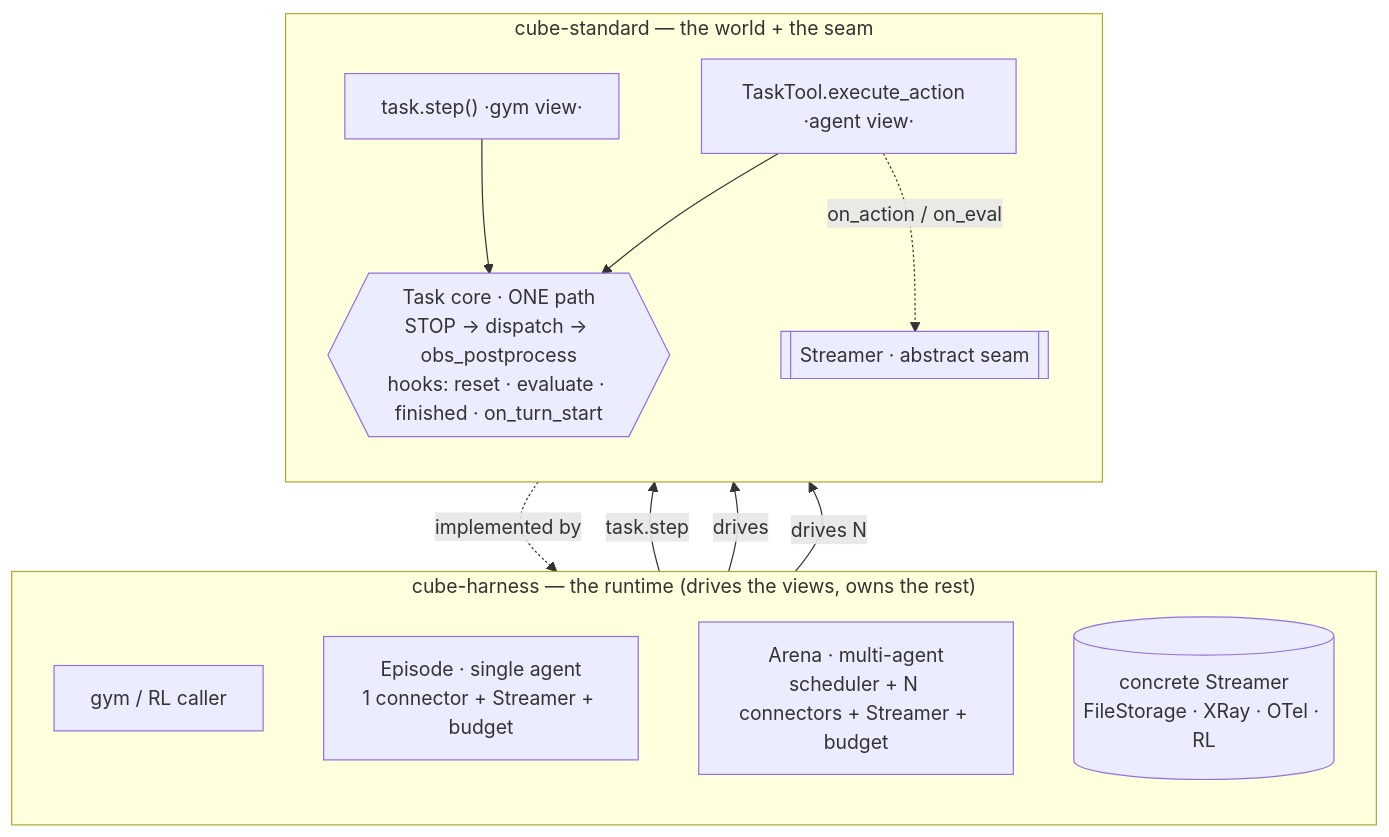
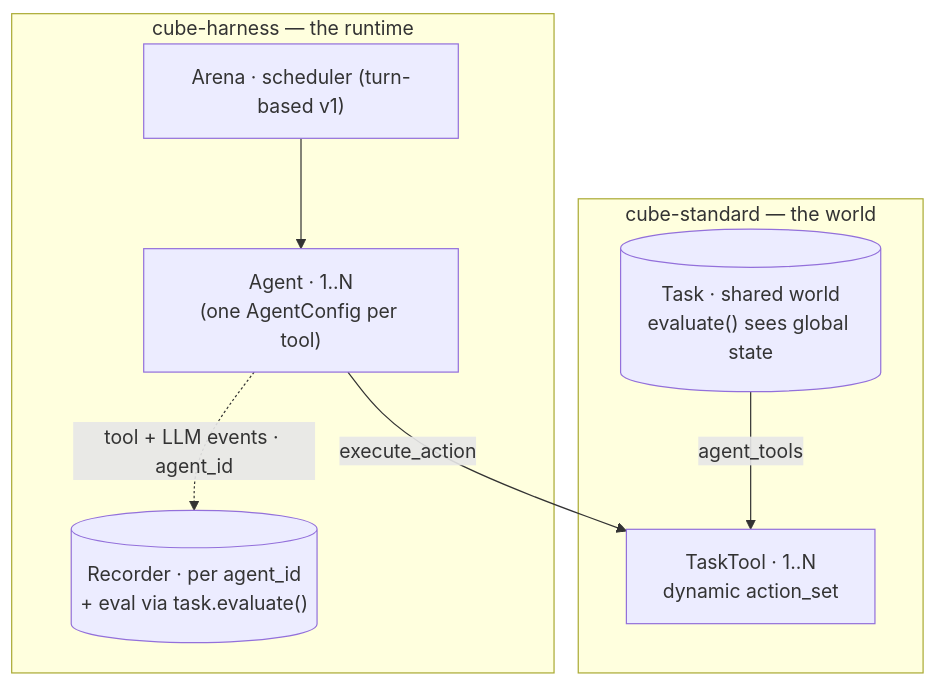
One commit to The-AI-Alliance/cube-standard changed the second of 2 diagrams in openspec/changes/streamable-task/proposal.md. Above: the diagram before and after it, drawn with Mermaid. The commit also changed other lines of this file and 1 other file, not shown here.

First line of the commit message:
design(openspec): simplify + de-historicize streamable-task

````diff
--- a/openspec/changes/streamable-task/proposal.md
+++ b/openspec/changes/streamable-task/proposal.md
@@ -136,26 +93,15 @@
 ```mermaid
 flowchart TB
-  subgraph HARNESS["cube-harness — the runtime (drives the views, owns the rest)"]
-    direction TB
-    GYM[gym / RL caller]
-    EP["Episode · single agent<br/>1 connector + Streamer + budget"]
-    AR["Arena · multi-agent<br/>scheduler + N connectors + Streamer + budget"]
-    SINK[("concrete Streamer<br/>FileStorage · XRay · OTel · RL")]
+  subgraph STD["cube-standard — the world"]
+    TASK[("Task · shared world<br/>evaluate() sees global state")]
+    TASK -->|agent_tools| TT["TaskTool · 1..N<br/>dynamic action_set"]
   end
-
-  subgraph STD["cube-standard — the world + the seam"]
-    direction TB
-    STEP["task.step()  ·gym view·"]
-    TT["TaskTool.execute_action  ·agent view·"]
-    CORE{{"Task core · ONE path<br/>STOP → dispatch → obs_postprocess<br/>hooks: reset · evaluate · finished · on_turn_start"}}
-    STREAM[["Streamer · abstract seam"]]
-    STEP --> CORE
-    TT --> CORE
-    TT -. on_action / on_eval .-> STREAM
+  subgraph HARN["cube-harness — the runtime"]
+    AR["Arena · scheduler (turn-based v1)"]
+    AG["Agent · 1..N<br/>(one AgentConfig per tool)"]
+    REC[("Recorder · per agent_id<br/>+ eval via task.evaluate()")]
   end
-
-  GYM -->|task.step| STEP
-  EP -->|drives| TT
-  AR -->|drives N| TT
-  STREAM -. implemented by .-> SINK
+  AR --> AG
+  AG -->|execute_action| TT
+  AG -. tool + LLM events · agent_id .-> REC
 ```
````
